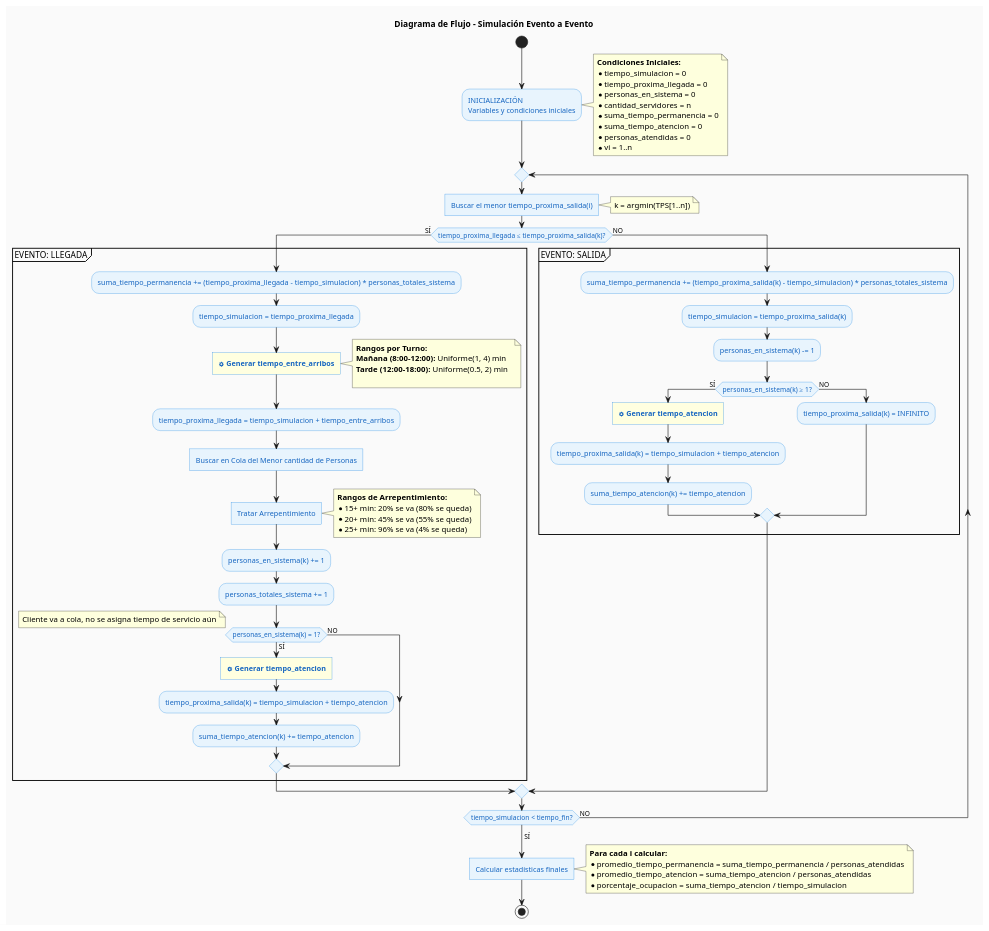
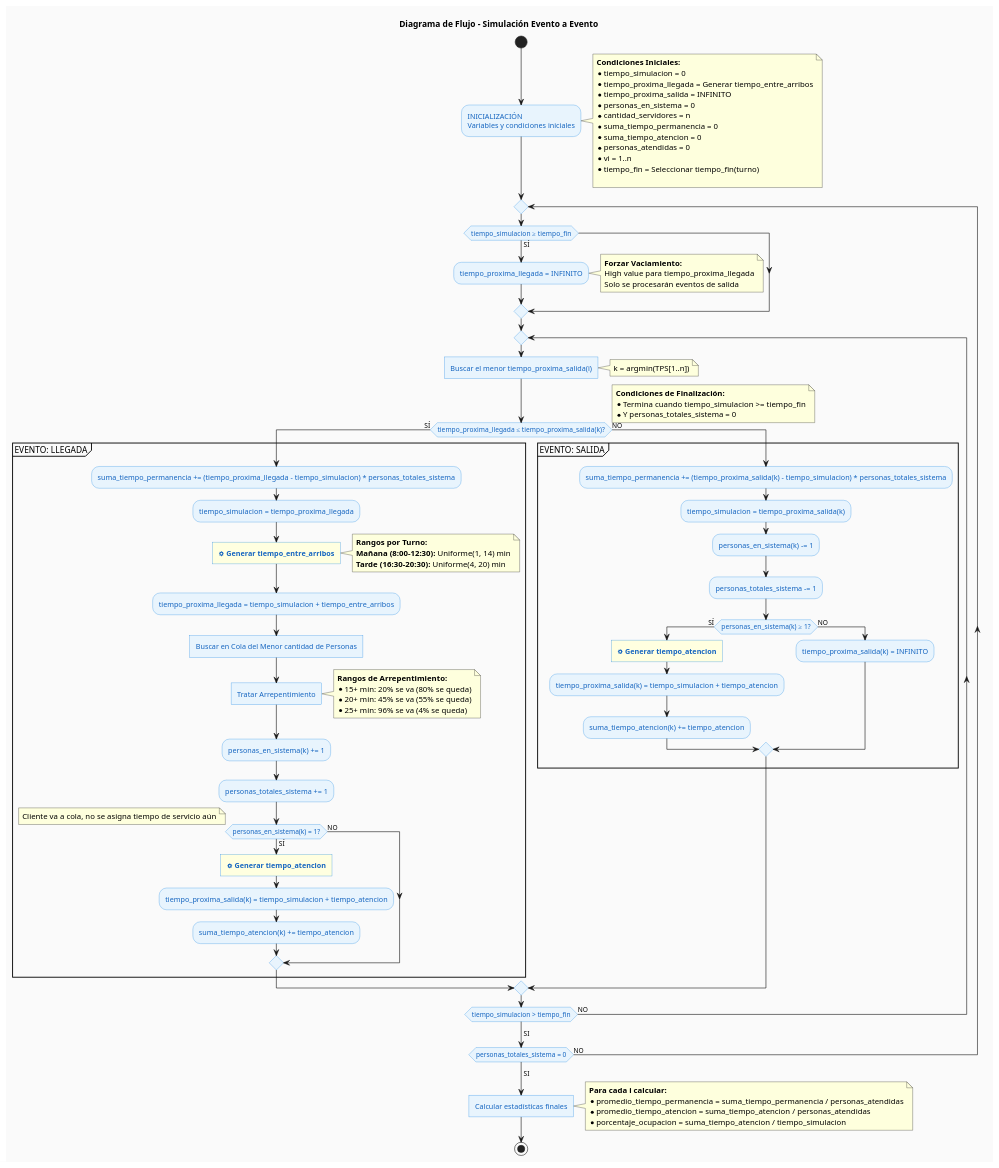
Before and after one commit to Luc4sG/trabajoPracticoSimulacion: the diagram in diagrama_flujo_mejorado.puml, drawn with PlantUML. The commit also changed 1 other file, not shown here.

Commit message:
diagrama final

```diff
--- a/diagrama_flujo_mejorado.puml
+++ b/diagrama_flujo_mejorado.puml
@@ -1,110 +1,134 @@
 @startuml Simulacion_Flujo_Mejorado
 
 title Diagrama de Flujo - Simulación Evento a Evento
 skinparam backgroundColor #FAFAFA
 skinparam activity {
   BackgroundColor #E8F4FD
   BorderColor #1E88E5
   FontColor #1565C0
 }
 skinparam decision {
   BackgroundColor #FFF3E0
   BorderColor #FB8C00
   FontColor #EF6C00
 }
 
 start
 
 :INICIALIZACIÓN
 Variables y condiciones iniciales;
 
 note right
   **Condiciones Iniciales:**
   * tiempo_simulacion = 0
-  * tiempo_proxima_llegada = 0
+  * tiempo_proxima_llegada = Generar tiempo_entre_arribos
+  * tiempo_proxima_salida = INFINITO
   * personas_en_sistema = 0
   * cantidad_servidores = n
   * suma_tiempo_permanencia = 0
   * suma_tiempo_atencion = 0
   * personas_atendidas = 0
   * vi = 1..n
+  * tiempo_fin = Seleccionar tiempo_fin(turno)
+
 end note
 
 repeat
 
-  :Buscar el menor tiempo_proxima_salida(i)]
-  
-  note right: k = argmin(TPS[1..n])
-  
-  if (tiempo_proxima_llegada ≤ tiempo_proxima_salida(k)?) then (SÍ)
+    if (tiempo_simulacion ≥ tiempo_fin) then (SÍ)
+            :tiempo_proxima_llegada = INFINITO;
+            
+            note right
+                **Forzar Vaciamiento:**
+                High value para tiempo_proxima_llegada
+                Solo se procesarán eventos de salida
+            end note
+    endif
+
+    repeat
+
+    :Buscar el menor tiempo_proxima_salida(i)]
     
-    group EVENTO: LLEGADA
-      :suma_tiempo_permanencia += (tiempo_proxima_llegada - tiempo_simulacion) * personas_totales_sistema;
-      :tiempo_simulacion = tiempo_proxima_llegada;
-      
-      #LightYellow:<&cog> **Generar tiempo_entre_arribos**]
-      
-      note right
-        **Rangos por Turno:**
-        **Mañana (8:00-12:00):** Uniforme(1, 4) min
-        **Tarde (12:00-18:00):** Uniforme(0.5, 2) min  
+    note right: k = argmin(TPS[1..n])
+    
+    if (tiempo_proxima_llegada ≤ tiempo_proxima_salida(k)?) then (SÍ)
+        
+        group EVENTO: LLEGADA
+        :suma_tiempo_permanencia += (tiempo_proxima_llegada - tiempo_simulacion) * personas_totales_sistema;
+        :tiempo_simulacion = tiempo_proxima_llegada;
+        
+        #LightYellow:<&cog> **Generar tiempo_entre_arribos**]
+        
+        note right
+            **Rangos por Turno:**
+            **Mañana (8:00-12:30):** Uniforme(1, 14) min
+            **Tarde (16:30-20:30):** Uniforme(4, 20) min  
+        end note
+        
+        :tiempo_proxima_llegada = tiempo_simulacion + tiempo_entre_arribos;
+        
+        :Buscar en Cola del Menor cantidad de Personas]
+        :Tratar Arrepentimiento]
+        
+        note right
+            **Rangos de Arrepentimiento:**
+            * 15+ min: 20% se va (80% se queda)
+            * 20+ min: 45% se va (55% se queda)
+            * 25+ min: 96% se va (4% se queda)
+        end note
+        
+        :personas_en_sistema(k) += 1;
+        :personas_totales_sistema += 1;
+        
+        if (personas_en_sistema(k) = 1?) then (SÍ)
+            #LightYellow:<&cog> **Generar tiempo_atencion**]
+            :tiempo_proxima_salida(k) = tiempo_simulacion + tiempo_atencion;
+            :suma_tiempo_atencion(k) += tiempo_atencion;
+        else (NO)
+            note right: Cliente va a cola, no se asigna tiempo de servicio aún
+        endif
+        end group
+        
+    else (NO)
+        
+        group EVENTO: SALIDA
+        :suma_tiempo_permanencia += (tiempo_proxima_salida(k) - tiempo_simulacion) * personas_totales_sistema;
+        :tiempo_simulacion = tiempo_proxima_salida(k);
+        :personas_en_sistema(k) -= 1;
+        :personas_totales_sistema -= 1;
+        
+        if (personas_en_sistema(k) ≥ 1?) then (SÍ)
+            #LightYellow:<&cog> **Generar tiempo_atencion**]
+            :tiempo_proxima_salida(k) = tiempo_simulacion + tiempo_atencion;
+            :suma_tiempo_atencion(k) += tiempo_atencion;
+        else (NO)
+            :tiempo_proxima_salida(k) = INFINITO;
+        endif
+        end group
+        
+    endif
 
-      end note
-      
-      :tiempo_proxima_llegada = tiempo_simulacion + tiempo_entre_arribos;
-      
-      :Buscar en Cola del Menor cantidad de Personas]
-      :Tratar Arrepentimiento]
-      
-      note right
-        **Rangos de Arrepentimiento:**
-        * 15+ min: 20% se va (80% se queda)
-        * 20+ min: 45% se va (55% se queda)
-        * 25+ min: 96% se va (4% se queda)
-      end note
-      
-      :personas_en_sistema(k) += 1;
-      :personas_totales_sistema += 1;
-      
-      if (personas_en_sistema(k) = 1?) then (SÍ)
-        #LightYellow:<&cog> **Generar tiempo_atencion**]
-        :tiempo_proxima_salida(k) = tiempo_simulacion + tiempo_atencion;
-        :suma_tiempo_atencion(k) += tiempo_atencion;
-      else (NO)
-        note right: Cliente va a cola, no se asigna tiempo de servicio aún
-      endif
-    end group
-    
-  else (NO)
-    
-    group EVENTO: SALIDA
-      :suma_tiempo_permanencia += (tiempo_proxima_salida(k) - tiempo_simulacion) * personas_totales_sistema;
-      :tiempo_simulacion = tiempo_proxima_salida(k);
-      :personas_en_sistema(k) -= 1;
-      
-      if (personas_en_sistema(k) ≥ 1?) then (SÍ)
-        #LightYellow:<&cog> **Generar tiempo_atencion**]
-        :tiempo_proxima_salida(k) = tiempo_simulacion + tiempo_atencion;
-        :suma_tiempo_atencion(k) += tiempo_atencion;
-      else (NO)
-        :tiempo_proxima_salida(k) = INFINITO;
-      endif
-    end group
-    
-  endif
+    repeat while (tiempo_simulacion > tiempo_fin) is (NO)
+    -> SI;
 
-repeat while (tiempo_simulacion < tiempo_fin?) is (NO)
--> SÍ;
+repeat while (personas_totales_sistema = 0) is (NO)
+-> SI;
+
+note right
+  **Condiciones de Finalización:**
+  * Termina cuando tiempo_simulacion >= tiempo_fin
+  * Y personas_totales_sistema = 0
+end note
 
 :Calcular estadísticas finales]
 
 note right
   **Para cada i calcular:**
   * promedio_tiempo_permanencia = suma_tiempo_permanencia / personas_atendidas
   * promedio_tiempo_atencion = suma_tiempo_atencion / personas_atendidas
   * porcentaje_ocupacion = suma_tiempo_atencion / tiempo_simulacion
 end note
 
 stop
 
 @enduml 
```
